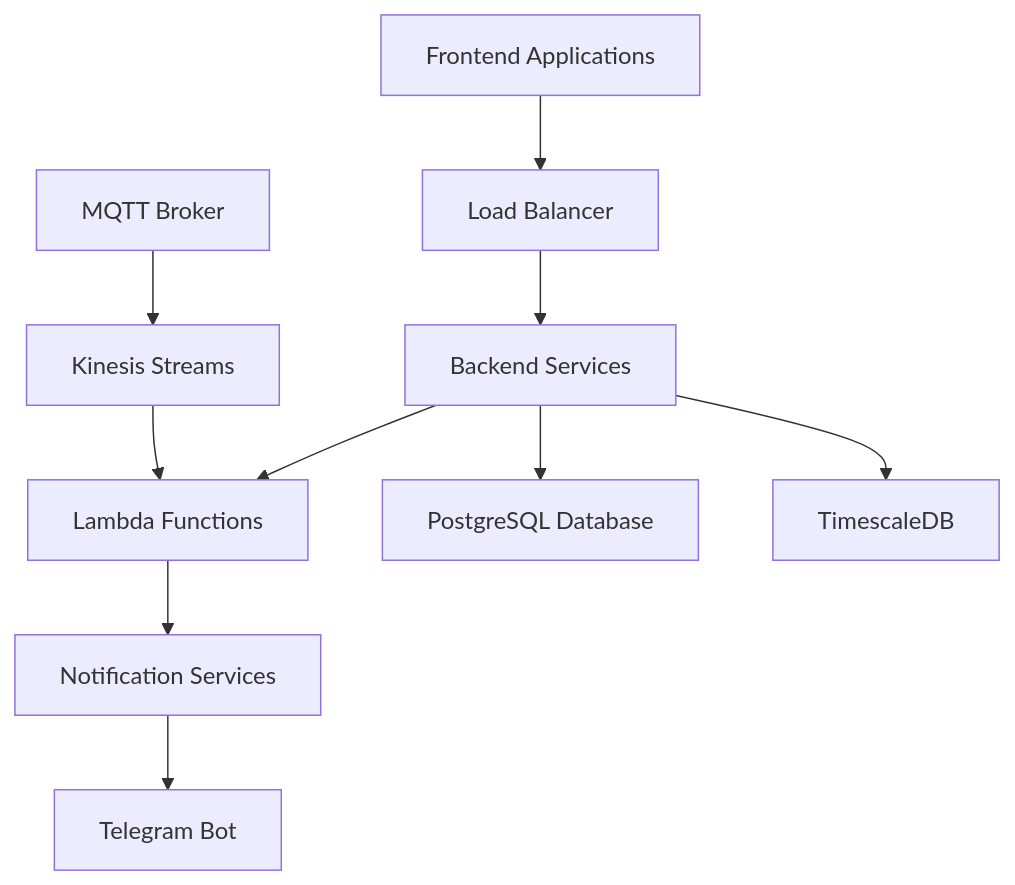
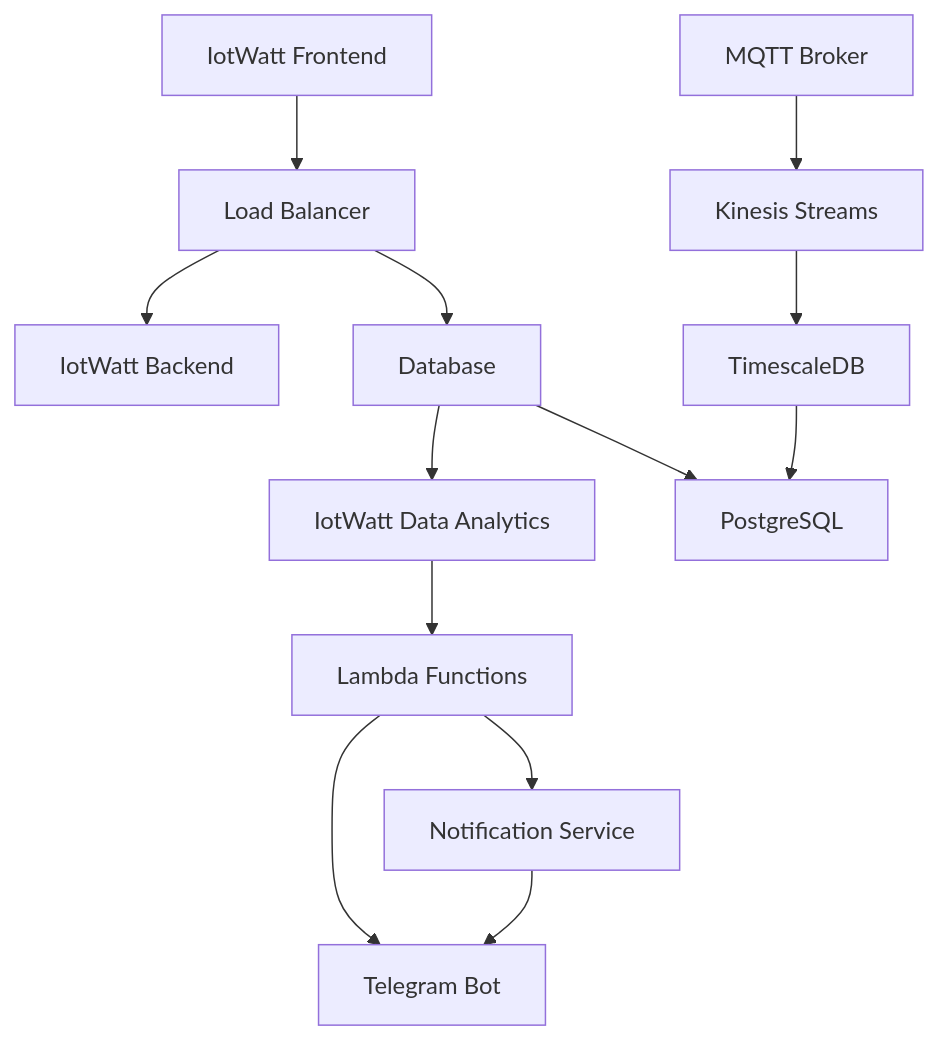
The diagram in publish/home.md (kayshavsp/linked-blog), drawn with Mermaid before and after one commit. The commit also changed other lines of this file, not shown here.

Commit message:
vault backup: 2025-06-05 14:42:07

````diff
--- a/publish/home.md
+++ b/publish/home.md
@@ -105,12 +103,15 @@
 ```mermaid
 graph TB
-    A[Frontend Applications] --> B[Load Balancer]
-    B --> C[Backend Services]
-    C --> D[Lambda Functions]
-    C --> E[PostgreSQL Database]
-    C --> F[TimescaleDB]
+    A[IotWatt Frontend] --> B[Load Balancer]
+    B --> C[IotWatt Backend]
+    B --> D[Database]
+    D --> Y[IotWatt Data Analytics]
+    Y --> L[Lambda Functions]
+    D --> E[PostgreSQL]
     G[MQTT Broker] --> H[Kinesis Streams]
-    H --> D
-    D --> I[Notification Services]
-    I --> J[Telegram Bot]
+    H --> F[TimescaleDB]
+    F --> E
+    L --> I[Notification Service]
+    L --> J[Telegram Bot]
+    I --> J
 ```
````
